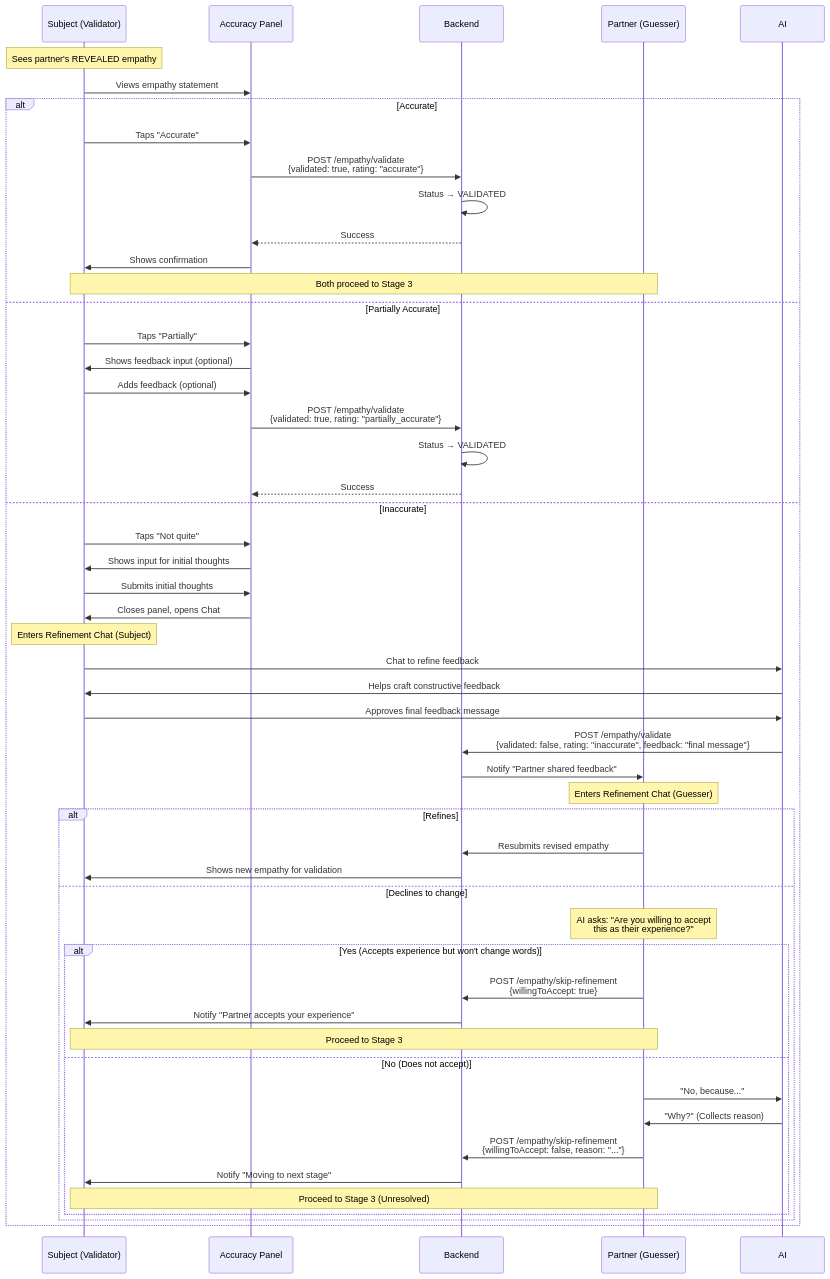
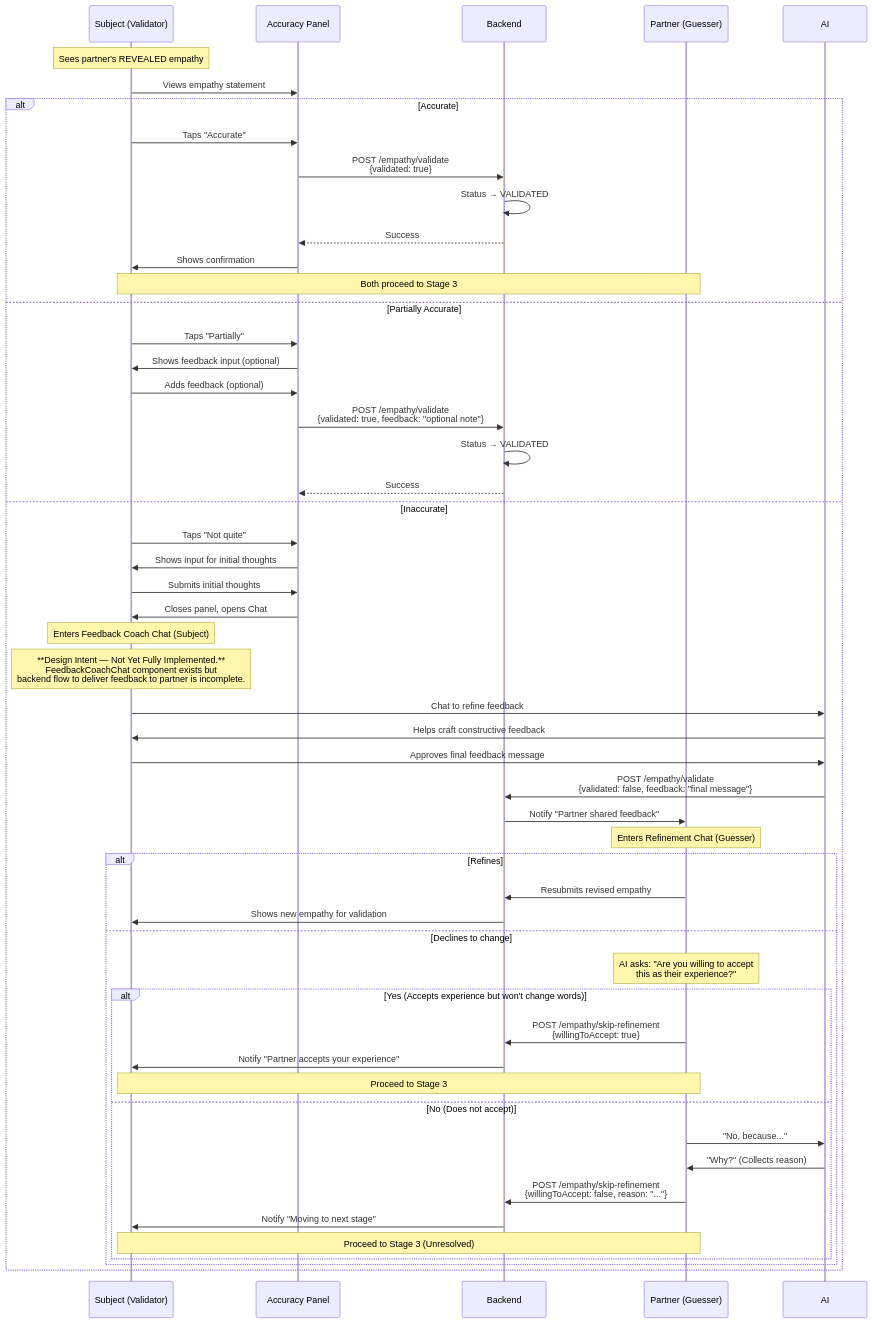
Before and after one commit to shantamg/meet-without-fear: the third of 3 diagrams in docs/diagrams/accuracy-feedback-flow.md, drawn with Mermaid. The commit also changed other lines of this file and 15 other files, not shown here.

````diff
--- a/docs/diagrams/accuracy-feedback-flow.md
+++ b/docs/diagrams/accuracy-feedback-flow.md
@@ -94,59 +95,60 @@
 ```mermaid
 sequenceDiagram
     participant User as Subject (Validator)
     participant Panel as Accuracy Panel
     participant API as Backend
     participant Partner as Partner (Guesser)
 
     Note over User: Sees partner's REVEALED empathy
 
     User->>Panel: Views empathy statement
 
     alt Accurate
         User->>Panel: Taps "Accurate"
-        Panel->>API: POST /empathy/validate<br/>{validated: true, rating: "accurate"}
+        Panel->>API: POST /empathy/validate<br/>{validated: true}
         API->>API: Status → VALIDATED
         API-->>Panel: Success
         Panel->>User: Shows confirmation
         Note over User,Partner: Both proceed to Stage 3
     else Partially Accurate
         User->>Panel: Taps "Partially"
         Panel->>User: Shows feedback input (optional)
         User->>Panel: Adds feedback (optional)
-        Panel->>API: POST /empathy/validate<br/>{validated: true, rating: "partially_accurate"}
+        Panel->>API: POST /empathy/validate<br/>{validated: true, feedback: "optional note"}
         API->>API: Status → VALIDATED
         API-->>Panel: Success
     else Inaccurate
         User->>Panel: Taps "Not quite"
         Panel->>User: Shows input for initial thoughts
         User->>Panel: Submits initial thoughts
         Panel->>User: Closes panel, opens Chat
-        Note over User: Enters Refinement Chat (Subject)
-        
+        Note over User: Enters Feedback Coach Chat (Subject)
+        Note over User: **Design Intent — Not Yet Fully Implemented.**<br/>FeedbackCoachChat component exists but<br/>backend flow to deliver feedback to partner is incomplete.
+
         User->>AI: Chat to refine feedback
         AI->>User: Helps craft constructive feedback
         User->>AI: Approves final feedback message
-        
-        AI->>API: POST /empathy/validate<br/>{validated: false, rating: "inaccurate", feedback: "final message"}
+
+        AI->>API: POST /empathy/validate<br/>{validated: false, feedback: "final message"}
         API->>Partner: Notify "Partner shared feedback"
-        
+
         Note over Partner: Enters Refinement Chat (Guesser)
         alt Refines
             Partner->>API: Resubmits revised empathy
             API->>User: Shows new empathy for validation
         else Declines to change
             Note over Partner: AI asks: "Are you willing to accept<br/>this as their experience?"
             alt Yes (Accepts experience but won't change words)
                 Partner->>API: POST /empathy/skip-refinement<br/>{willingToAccept: true}
                 API->>User: Notify "Partner accepts your experience"
                 Note over User,Partner: Proceed to Stage 3
             else No (Does not accept)
                 Partner->>AI: "No, because..."
                 AI->>Partner: "Why?" (Collects reason)
                 Partner->>API: POST /empathy/skip-refinement<br/>{willingToAccept: false, reason: "..."}
                 API->>User: Notify "Moving to next stage"
                 Note over User,Partner: Proceed to Stage 3 (Unresolved)
             end
         end
     end
 ```
````
